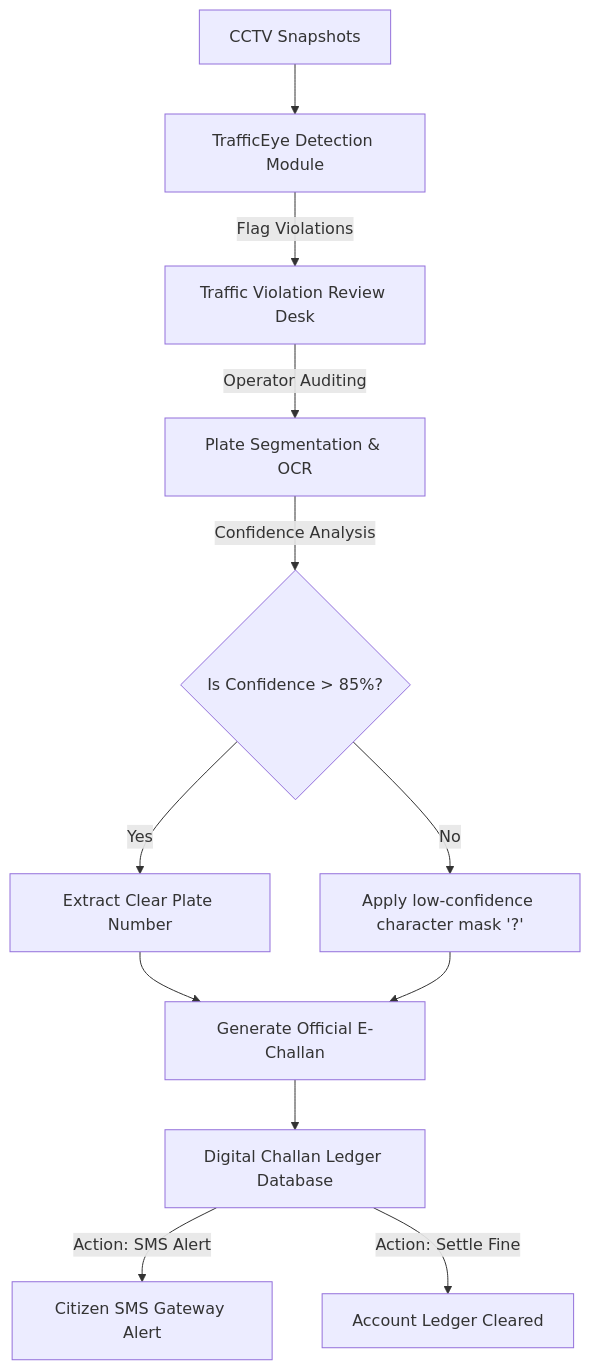
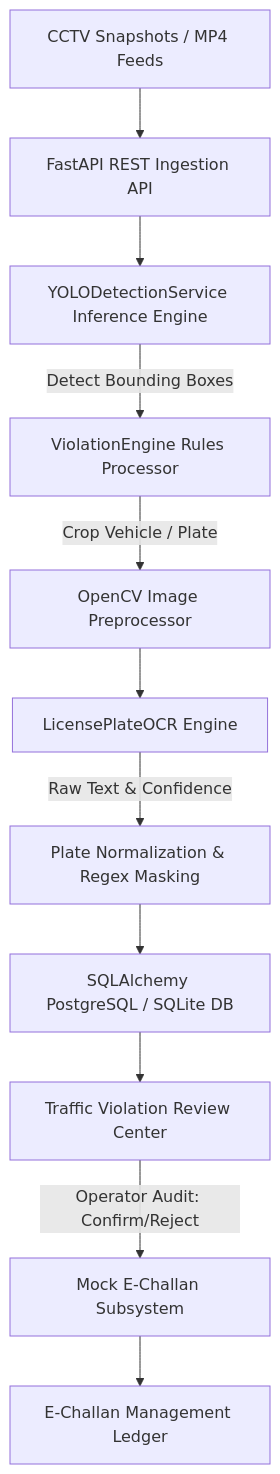
One commit to yagnesh747/trafficeye-ai7 changed the diagram in README.md. Above: the diagram before and after it, drawn with Mermaid. The commit also changed other lines of this file and 47 other files, not shown here.

Commit message:
feat: Phase 1-9 complete - real AI backend, YOLO detection, OCR pipeline, violation engine, REST API, frontend integration

````diff
--- a/README.md
+++ b/README.md
@@ -28,14 +27,13 @@
 ```mermaid
 graph TD
-    A[CCTV Snapshots] --> B[TrafficEye Detection Module]
-    B -->|Flag Violations| C[Traffic Violation Review Desk]
-    C -->|Operator Auditing| D[Plate Segmentation & OCR]
-    D -->|Confidence Analysis| E{Is Confidence > 85%?}
-    E -->|Yes| F[Extract Clear Plate Number]
-    E -->|No| G[Apply low-confidence character mask '?']
-    F --> H[Generate Official E-Challan]
-    G --> H
-    H --> I[Digital Challan Ledger Database]
-    I -->|Action: SMS Alert| J[Citizen SMS Gateway Alert]
-    I -->|Action: Settle Fine| K[Account Ledger Cleared]
+    A[CCTV Snapshots / MP4 Feeds] --> B[FastAPI REST Ingestion API]
+    B --> C[YOLODetectionService Inference Engine]
+    C -->|Detect Bounding Boxes| D[ViolationEngine Rules Processor]
+    D -->|Crop Vehicle / Plate| E[OpenCV Image Preprocessor]
+    E --> F[LicensePlateOCR Engine]
+    F -->|Raw Text & Confidence| G[Plate Normalization & Regex Masking]
+    G --> H[SQLAlchemy PostgreSQL / SQLite DB]
+    H --> I[Traffic Violation Review Center]
+    I -->|Operator Audit: Confirm/Reject| J[Mock E-Challan Subsystem]
+    J --> K[E-Challan Management Ledger]
 ```
````
